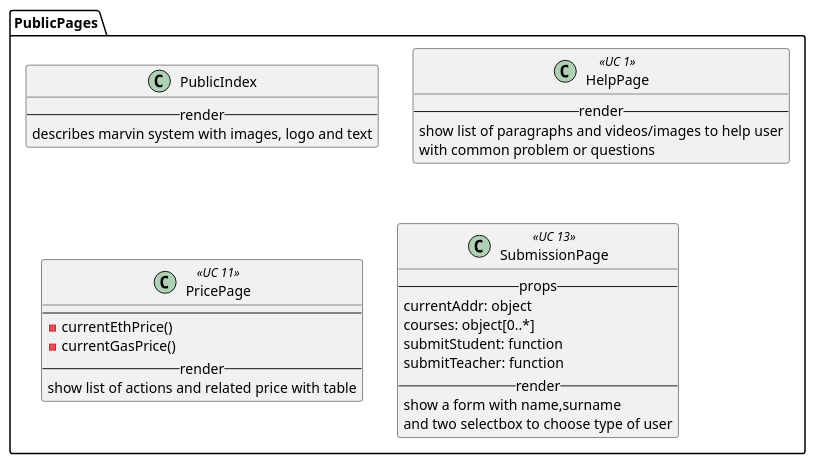
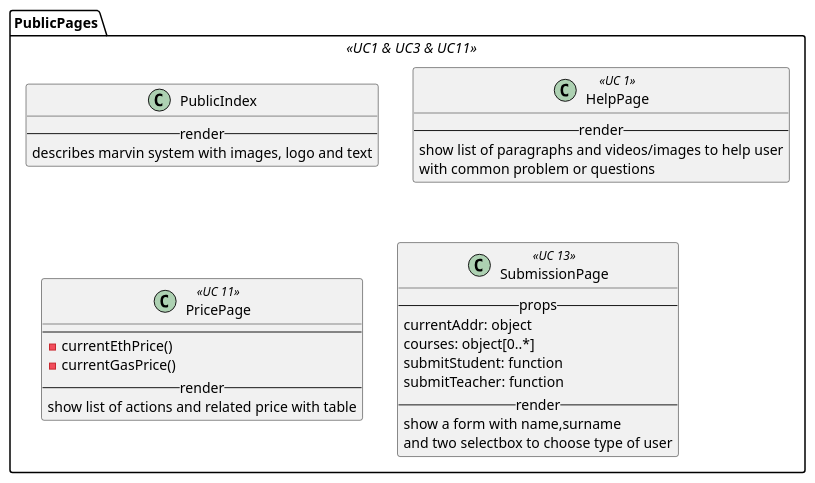
The diagram in react/public/index.iuml (M9k/Marvin-Uml), drawn with PlantUML before and after one commit. The commit also changed 5 other files, not shown here.

```diff
--- a/react/public/index.iuml
+++ b/react/public/index.iuml
@@ -1,33 +1,37 @@
-package PublicPages {
+skinparam package<<UC1 & UC3 & UC11>>{
+    backgroundColor #d6c544
+}
+
+package PublicPages <<UC1 & UC3 & UC11>> {
 
   class PublicIndex {
     --render--
     describes marvin system with images, logo and text
   }
 
   class HelpPage <<UC 1>>{
     --render--
     show list of paragraphs and videos/images to help user
     with common problem or questions
   }
 
   class PricePage <<UC 11>> {
     ----
     - currentEthPrice()
     - currentGasPrice()
     --render--
     show list of actions and related price with table
   }
 
   class SubmissionPage <<UC 13>> {
     --props--
     currentAddr: object
     courses: object[0..*]
     submitStudent: function
     submitTeacher: function
     --render--
     show a form with name,surname
     and two selectbox to choose type of user
   }
 
 }
```
